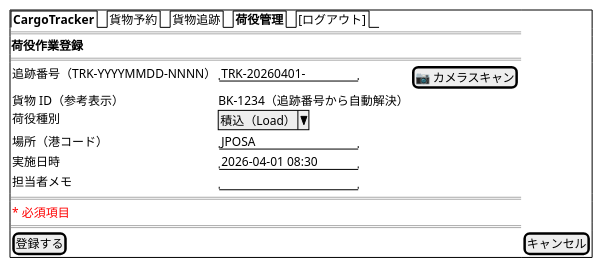
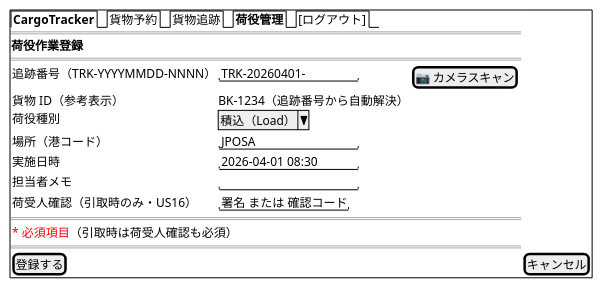
One commit to k2works/case-study-cargo-tracker changed diagram 13 of 24 in docs/design/ui_design.md. Above: the diagram before and after it, drawn with PlantUML. The commit also changed other lines of this file and 8 other files, not shown here.

````diff
--- a/docs/design/ui_design.md
+++ b/docs/design/ui_design.md
@@ -854,24 +855,25 @@
 ```plantuml
 @startsalt
 {+
   {/ <b>CargoTracker</b> | 貨物予約 | 貨物追跡 | <b>荷役管理</b> | [ログアウト] }
   ==
   <b>荷役作業登録</b>
   ==
   {
     追跡番号（TRK-YYYYMMDD-NNNN） | "TRK-20260401-    " | [📷 カメラスキャン]
     貨物 ID（参考表示）            | BK-1234（追跡番号から自動解決）
     荷役種別                       | ^積込（Load）^
     場所（港コード）               | "JPOSA            "
     実施日時                       | "2026-04-01 08:30 "
     担当者メモ                     | "                 "
+    荷受人確認（引取時のみ・US16） | "署名 または 確認コード"
   }
   ==
   {
-    <color:red>* 必須項目</color>
+    <color:red>* 必須項目</color>（引取時は荷受人確認も必須）
   }
   ==
   [登録する] | [キャンセル]
 }
 @endsalt
 ```
````
